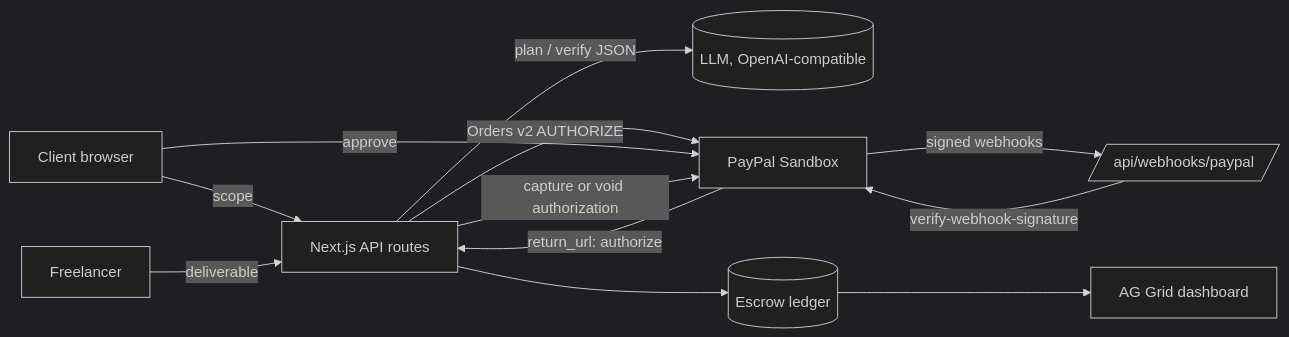
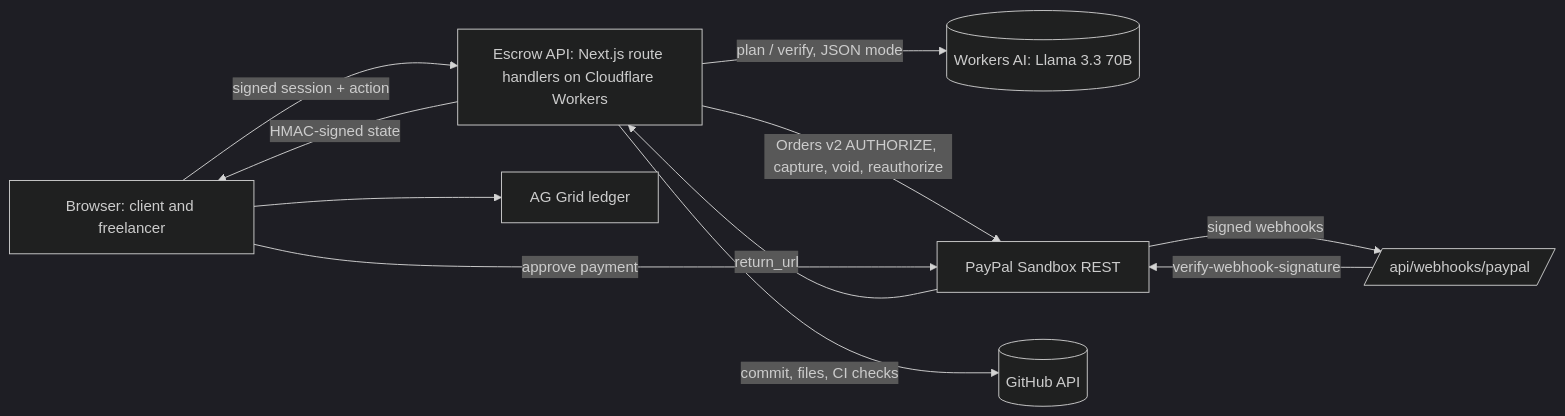
The diagram in README.md (apexweb-adam/escrow-agent), drawn with Mermaid (dark theme) before and after one commit. The commit also changed other lines of this file and 21 other files, not shown here.

Commit message:
Live on Cloudflare Workers: worker entry reusing route handlers, Workers AI binding, CSP and HSTS, cf-connecting-ip rate limits; README with live demo, PayPal API map, architecture; Devpost, video script and deploy docs

````diff
--- a/README.md
+++ b/README.md
@@ -23,14 +51,13 @@
 ```mermaid
 flowchart LR
-  C[Client browser] -->|scope| API[Next.js API routes]
-  F[Freelancer] -->|deliverable| API
-  API -->|plan / verify JSON| LLM[(LLM, OpenAI-compatible)]
-  API -->|Orders v2 AUTHORIZE| PP[PayPal Sandbox]
-  C -->|approve| PP
-  PP -->|return_url: authorize| API
-  API -->|capture or void authorization| PP
+  B[Browser: client and freelancer] -->|signed session + action| W[Escrow API: Next.js route handlers on Cloudflare Workers]
+  W -->|plan / verify, JSON mode| AI[(Workers AI: Llama 3.3 70B)]
+  W -->|Orders v2 AUTHORIZE, capture, void, reauthorize| PP[PayPal Sandbox REST]
+  B -->|approve payment| PP
+  PP -->|return_url| W
   PP -->|signed webhooks| WH[/api/webhooks/paypal/]
   WH -->|verify-webhook-signature| PP
-  API --> L[(Escrow ledger)]
-  L --> G[AG Grid dashboard]
+  W -->|commit, files, CI checks| GH[(GitHub API)]
+  W -->|HMAC-signed state| B
+  B --> G[AG Grid ledger]
 ```
````
